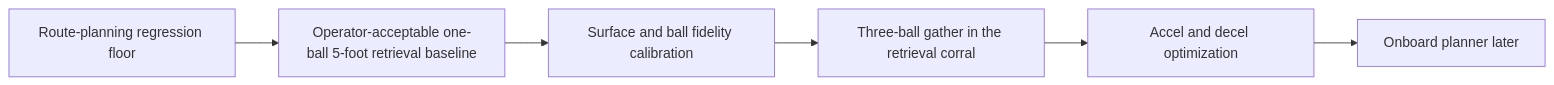
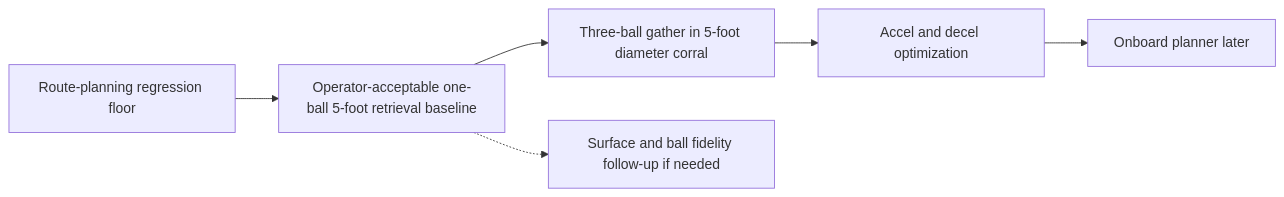
One commit to fsmalkin/chasebot changed the diagram in docs/LLM_BROWSER_UAT_PLAN.md. Above: the diagram before and after it, drawn with Mermaid. The commit also changed other lines of this file and 22 other files, not shown here.

Commit message:
feat: expose multi-ball corral UAT and preserve final state

````diff
--- a/docs/LLM_BROWSER_UAT_PLAN.md
+++ b/docs/LLM_BROWSER_UAT_PLAN.md
@@ -374,8 +373,8 @@
 ```mermaid
 flowchart LR
     A[Route-planning regression floor] --> B[Operator-acceptable one-ball 5-foot retrieval baseline]
-    B --> C[Surface and ball fidelity calibration]
-    C --> D[Three-ball gather in the retrieval corral]
-    D --> E[Accel and decel optimization]
-    E --> F[Onboard planner later]
+    B --> C[Three-ball gather in 5-foot diameter corral]
+    C --> D[Accel and decel optimization]
+    D --> E[Onboard planner later]
+    B -.-> F[Surface and ball fidelity follow-up if needed]
 ```
````
